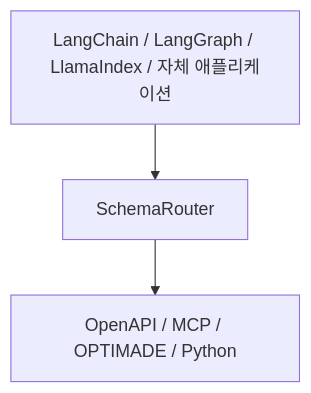
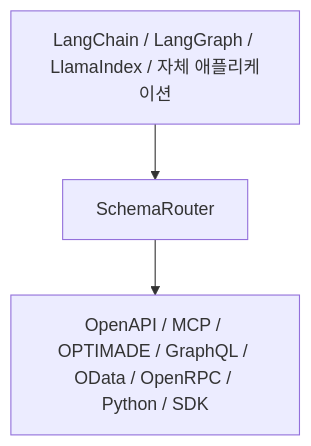
The second of 2 diagrams in README.ko.md (JDeun/SchemaRouter), drawn with Mermaid before and after one commit. The commit also changed other lines of this file, not shown here.

````diff
--- a/README.ko.md
+++ b/README.ko.md
@@ -173,5 +173,5 @@
 ```mermaid
 flowchart TD
     F["LangChain / LangGraph / LlamaIndex / 자체 애플리케이션"] --> SR["SchemaRouter"]
-    SR --> T["OpenAPI / MCP / OPTIMADE / Python"]
+    SR --> T["OpenAPI / MCP / OPTIMADE / GraphQL / OData / OpenRPC / Python / SDK"]
 ```
````
